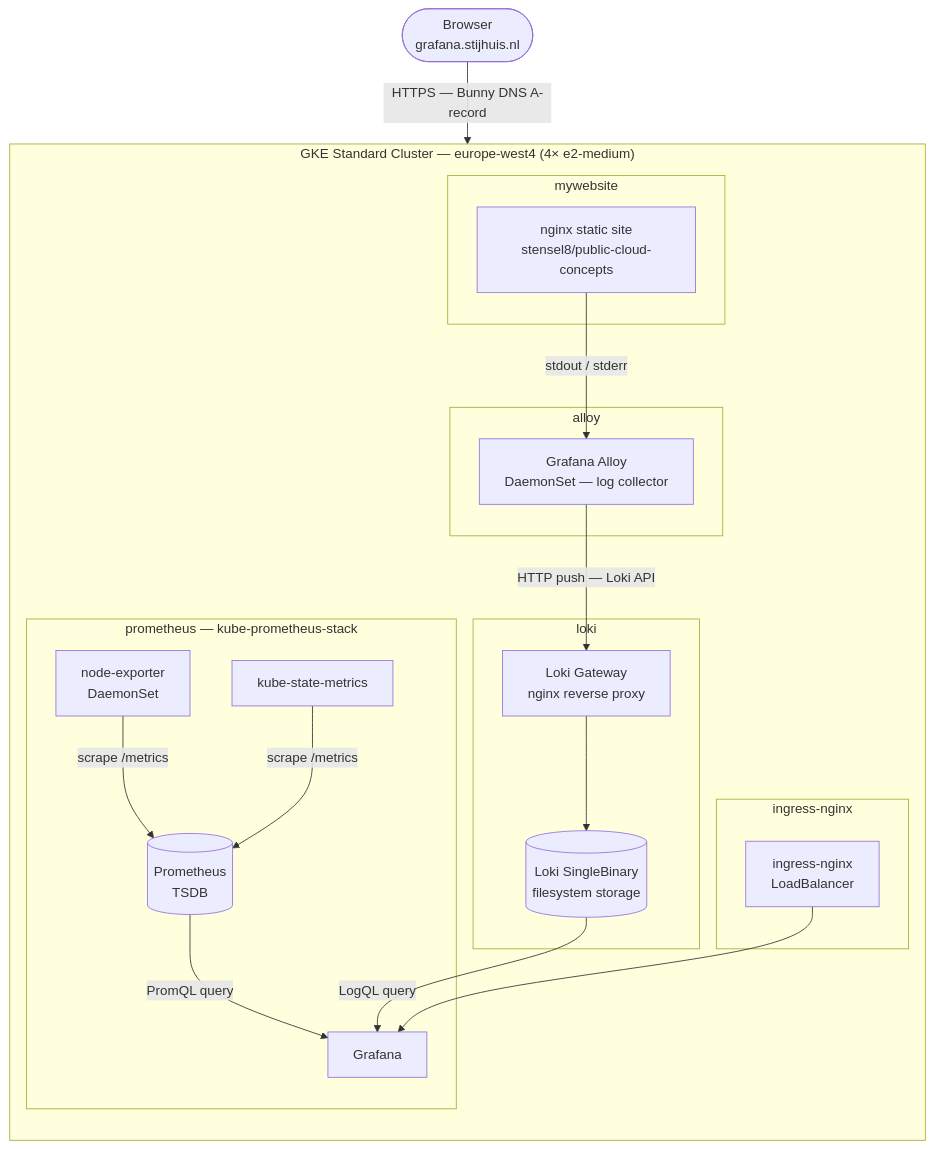
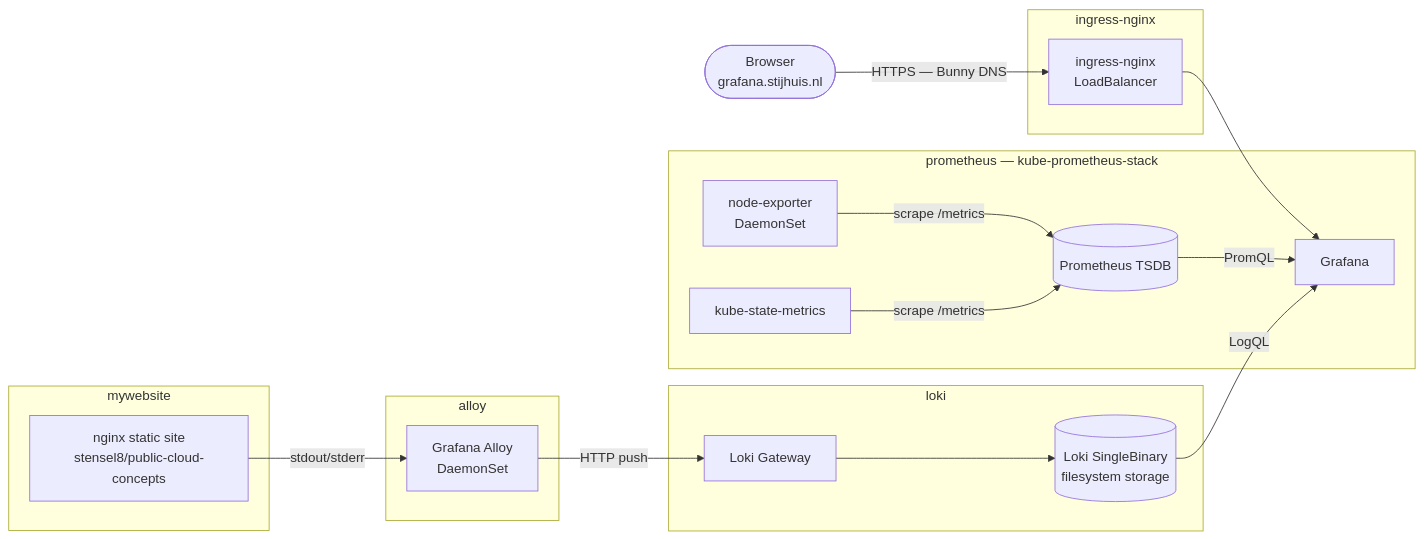
The diagram in content/docs/week-5/uitwerking.md (Stensel8/public-cloud-concepts), drawn with Mermaid before and after one commit. The commit also changed other lines of this file and 12 other files, not shown here.

````diff
--- a/content/docs/week-5/uitwerking.md
+++ b/content/docs/week-5/uitwerking.md
@@ -333,43 +333,38 @@
 ```mermaid
-flowchart TB
+flowchart LR
     browser(["Browser\ngrafana.stijhuis.nl"])
 
-    subgraph cluster["GKE Standard Cluster — europe-west4 (4× e2-medium)"]
-        direction TB
-
-        subgraph ingress_ns["ingress-nginx"]
-            nginx["ingress-nginx\nLoadBalancer"]
-        end
-
-        subgraph app_ns["mywebsite"]
-            app["nginx static site\nstensel8/public-cloud-concepts"]
-        end
-
-        subgraph alloy_ns["alloy"]
-            alloy["Grafana Alloy\nDaemonSet — log collector"]
-        end
-
-        subgraph loki_ns["loki"]
-            loki_gw["Loki Gateway\nnginx reverse proxy"]
-            loki_pod[("Loki SingleBinary\nfilesystem storage")]
-            loki_gw --> loki_pod
-        end
-
-        subgraph prom_ns["prometheus — kube-prometheus-stack"]
-            node_exp["node-exporter\nDaemonSet"]
-            ksm["kube-state-metrics"]
-            prom[("Prometheus\nTSDB")]
-            grafana["Grafana"]
-            node_exp -->|"scrape /metrics"| prom
-            ksm -->|"scrape /metrics"| prom
-        end
-
-        app -->|"stdout / stderr"| alloy
-        alloy -->|"HTTP push — Loki API"| loki_gw
-        prom -->|"PromQL query"| grafana
-        loki_pod -->|"LogQL query"| grafana
-        nginx --> grafana
+    subgraph ingress_ns["ingress-nginx"]
+        nginx["ingress-nginx\nLoadBalancer"]
     end
 
-    browser -->|"HTTPS — Bunny DNS A-record"| nginx
+    subgraph app_ns["mywebsite"]
+        app["nginx static site\nstensel8/public-cloud-concepts"]
+    end
+
+    subgraph alloy_ns["alloy"]
+        alloy["Grafana Alloy\nDaemonSet"]
+    end
+
+    subgraph loki_ns["loki"]
+        loki_gw["Loki Gateway"]
+        loki_pod[("Loki SingleBinary\nfilesystem storage")]
+        loki_gw --> loki_pod
+    end
+
+    subgraph prom_ns["prometheus — kube-prometheus-stack"]
+        node_exp["node-exporter\nDaemonSet"]
+        ksm["kube-state-metrics"]
+        prom[("Prometheus TSDB")]
+        grafana["Grafana"]
+        node_exp -->|"scrape /metrics"| prom
+        ksm -->|"scrape /metrics"| prom
+    end
+
+    browser -->|"HTTPS — Bunny DNS"| nginx
+    nginx --> grafana
+    app -->|"stdout/stderr"| alloy
+    alloy -->|"HTTP push"| loki_gw
+    prom -->|"PromQL"| grafana
+    loki_pod -->|"LogQL"| grafana
 ```
````
